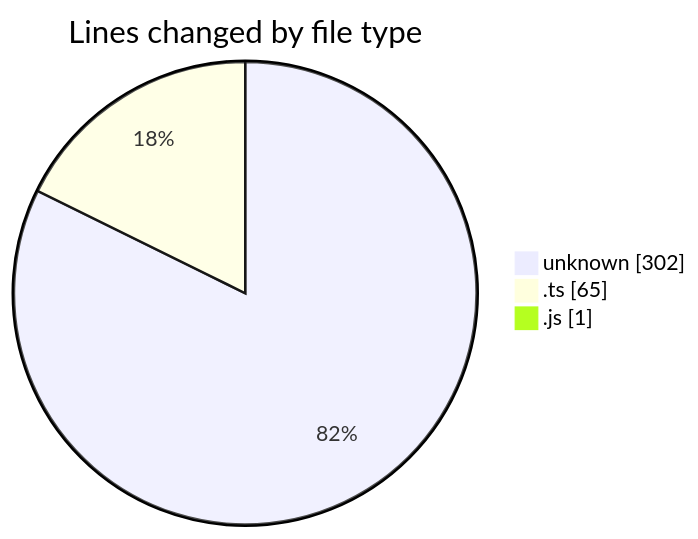
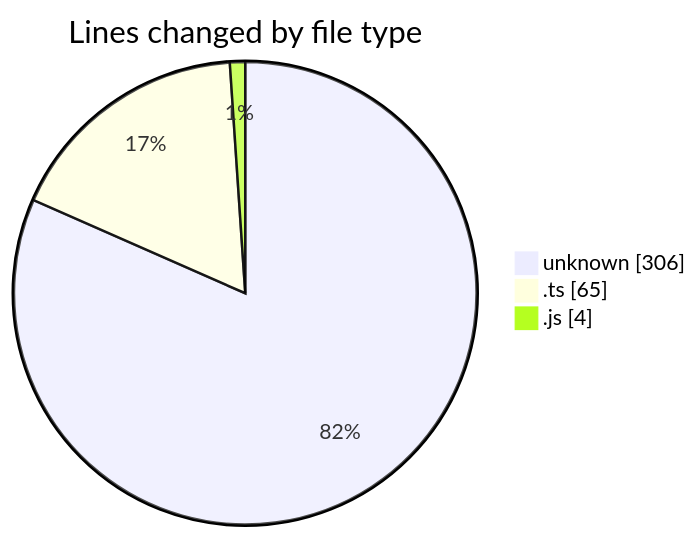
One commit to Elitesun/code-tracking changed the first of 2 diagrams in 2025-05-17/niten/README.md. Above: the diagram before and after it, drawn with Mermaid. The commit also changed other lines of this file and 1 other file, not shown here.

````diff
--- a/2025-05-17/niten/README.md
+++ b/2025-05-17/niten/README.md
@@ -23,7 +23,7 @@
 ```mermaid
 pie showData
 title Lines changed by file type
-"unknown" : 302
+"unknown" : 306
 ".ts" : 65
-".js" : 1
+".js" : 4
 ```
````
